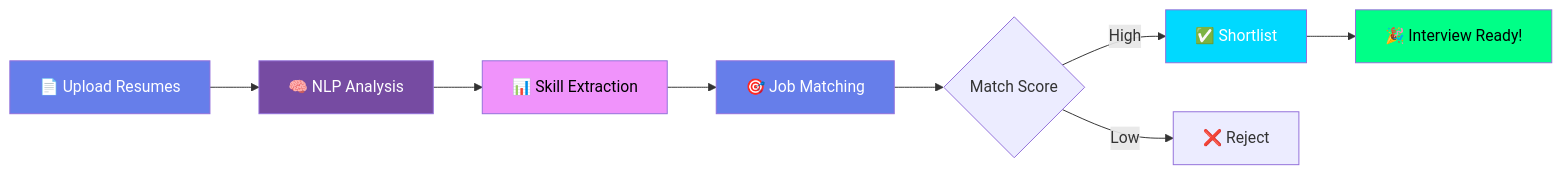
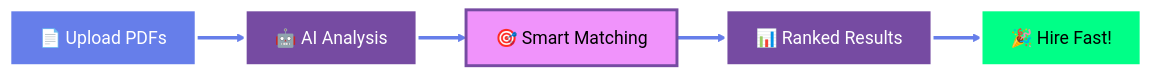
One commit to alam025/resume-screening-ai changed the diagram in README.md. Above: the diagram before and after it, drawn with Mermaid. The commit also changed other lines of this file, not shown here.

````diff
--- a/README.md
+++ b/README.md
@@ -59,17 +63,14 @@
 ```mermaid
+%%{init: {'theme':'base', 'themeVariables': { 'primaryColor':'#667eea','primaryTextColor':'#fff','primaryBorderColor':'#764ba2','lineColor':'#667eea','secondaryColor':'#764ba2','tertiaryColor':'#f093fb','fontSize':'18px'}}}%%
 graph LR
-    A[📄 Upload Resumes] --> B[🧠 NLP Analysis]
-    B --> C[📊 Skill Extraction]
-    C --> D[🎯 Job Matching]
-    D --> E{Match Score}
-    E -->|High| F[✅ Shortlist]
-    E -->|Low| G[❌ Reject]
-    F --> H[🎉 Interview Ready!]
+    A[📄 Upload PDFs] ==> B[🤖 AI Analysis]
+    B ==> C[🎯 Smart Matching]
+    C ==> D[📊 Ranked Results]
+    D ==> E[🎉 Hire Fast!]
     
-    style A fill:#667EEA,color:#fff
-    style B fill:#764BA2,color:#fff
-    style C fill:#F093FB,color:#000
-    style D fill:#667EEA,color:#fff
-    style F fill:#00D9FF,color:#fff
-    style H fill:#00FF87,color:#000
+    style A fill:#667eea,stroke:#fff,stroke-width:3px,color:#fff
+    style B fill:#764ba2,stroke:#fff,stroke-width:3px,color:#fff
+    style C fill:#f093fb,stroke:#764ba2,stroke-width:3px,color:#000
+    style D fill:#764ba2,stroke:#fff,stroke-width:3px,color:#fff
+    style E fill:#00ff87,stroke:#fff,stroke-width:3px,color:#000
 ```
````
